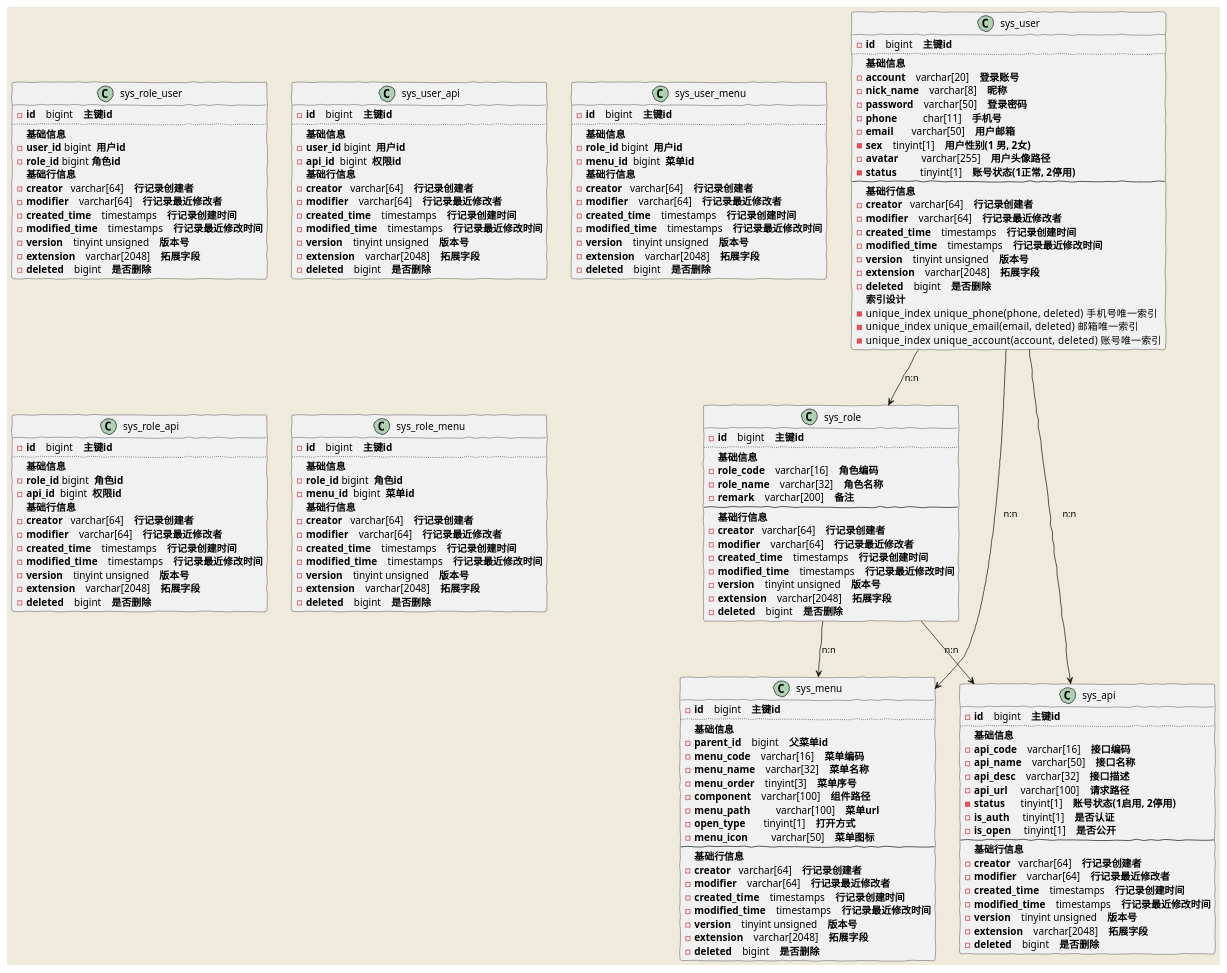
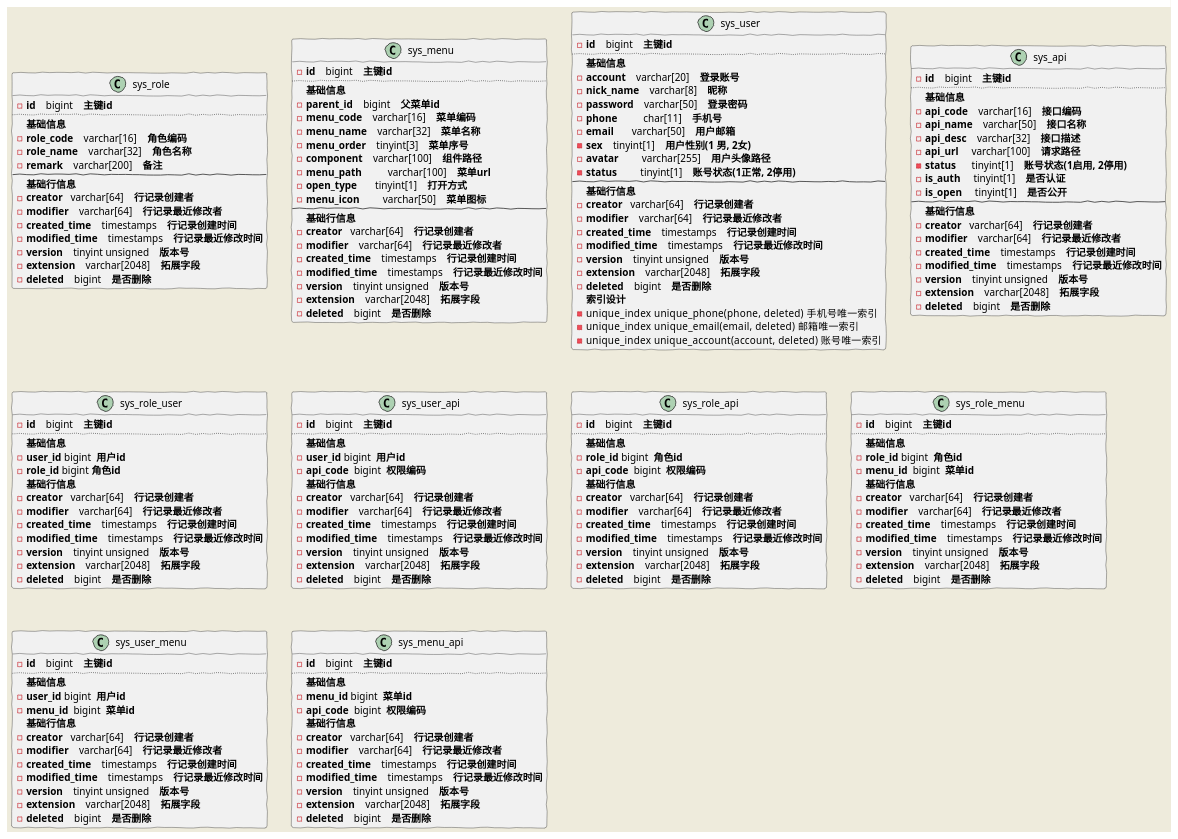
One commit to Forever1996Fyk/permissions-center changed the diagram in doc/权限表结构图.puml. Above: the diagram before and after it, drawn with PlantUML.

Commit message:
update: 更新表结构图

```diff
--- a/doc/权限表结构图.puml
+++ b/doc/权限表结构图.puml
@@ -1,185 +1,191 @@
 @startuml
 skinparam handwritten true
 skinparam backgroundColor #EEEBDC
 skinparam actorStyle hollow
 
 class sys_role{
     - **id**    bigint    **主键id**
     ..
      **基础信息**
         - **role_code**    varchar[16]    **角色编码**
         - **role_name**    varchar[32]    **角色名称**
         - **remark**    varchar[200]    **备注**
     --
     **基础行信息**
         - **creator**   varchar[64]    **行记录创建者**
         - **modifier**    varchar[64]    **行记录最近修改者**
         - **created_time**    timestamps    **行记录创建时间**
         - **modified_time**    timestamps    **行记录最近修改时间**
         - **version**    tinyint unsigned    **版本号**
         - **extension**    varchar[2048]    **拓展字段**
         - **deleted**    bigint    **是否删除**
 }
 
 class sys_menu {
     - **id**    bigint    **主键id**
     ..
      **基础信息**
         - **parent_id**    bigint    **父菜单id**
         - **menu_code**    varchar[16]    **菜单编码**
         - **menu_name**    varchar[32]    **菜单名称**
         - **menu_order**    tinyint[3]    **菜单序号**
         - **component**    varchar[100]    **组件路径**
         - **menu_path**          varchar[100]    **菜单url**
         - **open_type**       tinyint[1]    **打开方式**
         - **menu_icon**         varchar[50]    **菜单图标**
     --
     **基础行信息**
         - **creator**   varchar[64]    **行记录创建者**
         - **modifier**    varchar[64]    **行记录最近修改者**
         - **created_time**    timestamps    **行记录创建时间**
         - **modified_time**    timestamps    **行记录最近修改时间**
         - **version**    tinyint unsigned    **版本号**
         - **extension**    varchar[2048]    **拓展字段**
         - **deleted**    bigint    **是否删除**
 }
 
 class sys_user {
     - **id**    bigint    **主键id**
     ..
      **基础信息**
         - **account**    varchar[20]    **登录账号**
         - **nick_name**    varchar[8]    **昵称**
         - **password**    varchar[50]    **登录密码**
         - **phone**          char[11]    **手机号**
         - **email**       varchar[50]    **用户邮箱**
         - **sex**    tinyint[1]    **用户性别(1 男, 2女)**
         - **avatar**         varchar[255]    **用户头像路径**
         - **status**         tinyint[1]    **账号状态(1正常, 2停用)**
     --
     **基础行信息**
         - **creator**   varchar[64]    **行记录创建者**
         - **modifier**    varchar[64]    **行记录最近修改者**
         - **created_time**    timestamps    **行记录创建时间**
         - **modified_time**    timestamps    **行记录最近修改时间**
         - **version**    tinyint unsigned    **版本号**
         - **extension**    varchar[2048]    **拓展字段**
         - **deleted**    bigint    **是否删除**
     **索引设计**
         - unique_index  unique_phone(phone, deleted)    手机号唯一索引
         - unique_index  unique_email(email, deleted)    邮箱唯一索引
         - unique_index  unique_account(account, deleted)    账号唯一索引
 }
 
 class sys_api {
     - **id**    bigint    **主键id**
     ..
      **基础信息**
         - **api_code**    varchar[16]    **接口编码**
         - **api_name**    varchar[50]    **接口名称**
         - **api_desc**    varchar[32]    **接口描述**
         - **api_url**     varchar[100]    **请求路径**
         - **status**      tinyint[1]    **账号状态(1启用, 2停用)**
         - **is_auth**     tinyint[1]    **是否认证**
         - **is_open**     tinyint[1]    **是否公开**
     --
     **基础行信息**
         - **creator**   varchar[64]    **行记录创建者**
         - **modifier**    varchar[64]    **行记录最近修改者**
         - **created_time**    timestamps    **行记录创建时间**
         - **modified_time**    timestamps    **行记录最近修改时间**
         - **version**    tinyint unsigned    **版本号**
         - **extension**    varchar[2048]    **拓展字段**
         - **deleted**    bigint    **是否删除**
 }
 
 class sys_role_user {
     - **id**    bigint    **主键id**
     ..
     **基础信息**
         - **user_id** bigint  **用户id**
         - **role_id** bigint **角色id**
     **基础行信息**
         - **creator**   varchar[64]    **行记录创建者**
         - **modifier**    varchar[64]    **行记录最近修改者**
         - **created_time**    timestamps    **行记录创建时间**
         - **modified_time**    timestamps    **行记录最近修改时间**
         - **version**    tinyint unsigned    **版本号**
         - **extension**    varchar[2048]    **拓展字段**
         - **deleted**    bigint    **是否删除**
 }
 
 class sys_user_api {
     - **id**    bigint    **主键id**
     ..
     **基础信息**
         - **user_id** bigint  **用户id**
-        - **api_id**  bigint  **权限id**
-    **基础行信息**
-        - **creator**   varchar[64]    **行记录创建者**
-        - **modifier**    varchar[64]    **行记录最近修改者**
-        - **created_time**    timestamps    **行记录创建时间**
-        - **modified_time**    timestamps    **行记录最近修改时间**
-        - **version**    tinyint unsigned    **版本号**
-        - **extension**    varchar[2048]    **拓展字段**
-        - **deleted**    bigint    **是否删除**
-}
-
-class sys_user_menu {
-    - **id**    bigint    **主键id**
-    ..
-    **基础信息**
-        - **role_id** bigint  **用户id**
-        - **menu_id**  bigint  **菜单id**
+        - **api_code**  bigint  **权限编码**
     **基础行信息**
         - **creator**   varchar[64]    **行记录创建者**
         - **modifier**    varchar[64]    **行记录最近修改者**
         - **created_time**    timestamps    **行记录创建时间**
         - **modified_time**    timestamps    **行记录最近修改时间**
         - **version**    tinyint unsigned    **版本号**
         - **extension**    varchar[2048]    **拓展字段**
         - **deleted**    bigint    **是否删除**
 }
 
 class sys_role_api {
     - **id**    bigint    **主键id**
     ..
     **基础信息**
         - **role_id** bigint  **角色id**
-        - **api_id**  bigint  **权限id**
+        - **api_code**  bigint  **权限编码**
     **基础行信息**
         - **creator**   varchar[64]    **行记录创建者**
         - **modifier**    varchar[64]    **行记录最近修改者**
         - **created_time**    timestamps    **行记录创建时间**
         - **modified_time**    timestamps    **行记录最近修改时间**
         - **version**    tinyint unsigned    **版本号**
         - **extension**    varchar[2048]    **拓展字段**
         - **deleted**    bigint    **是否删除**
 }
 
 class sys_role_menu {
     - **id**    bigint    **主键id**
     ..
     **基础信息**
         - **role_id** bigint  **角色id**
         - **menu_id**  bigint  **菜单id**
     **基础行信息**
         - **creator**   varchar[64]    **行记录创建者**
         - **modifier**    varchar[64]    **行记录最近修改者**
         - **created_time**    timestamps    **行记录创建时间**
         - **modified_time**    timestamps    **行记录最近修改时间**
         - **version**    tinyint unsigned    **版本号**
         - **extension**    varchar[2048]    **拓展字段**
         - **deleted**    bigint    **是否删除**
 }
 
-sys_user --> sys_api : n:n
+class sys_user_menu {
+    - **id**    bigint    **主键id**
+    ..
+    **基础信息**
+        - **user_id** bigint  **用户id**
+        - **menu_id**  bigint  **菜单id**
+    **基础行信息**
+        - **creator**   varchar[64]    **行记录创建者**
+        - **modifier**    varchar[64]    **行记录最近修改者**
+        - **created_time**    timestamps    **行记录创建时间**
+        - **modified_time**    timestamps    **行记录最近修改时间**
+        - **version**    tinyint unsigned    **版本号**
+        - **extension**    varchar[2048]    **拓展字段**
+        - **deleted**    bigint    **是否删除**
+}
 
-sys_user --> sys_menu : n:n
-
-sys_user --> sys_role : n:n
-
-sys_role --> sys_menu : n:n
-
-sys_role --> sys_api : n:n
+class sys_menu_api {
+    - **id**    bigint    **主键id**
+    ..
+    **基础信息**
+        - **menu_id** bigint  **菜单id**
+        - **api_code**  bigint  **权限编码**
+    **基础行信息**
+        - **creator**   varchar[64]    **行记录创建者**
+        - **modifier**    varchar[64]    **行记录最近修改者**
+        - **created_time**    timestamps    **行记录创建时间**
+        - **modified_time**    timestamps    **行记录最近修改时间**
+        - **version**    tinyint unsigned    **版本号**
+        - **extension**    varchar[2048]    **拓展字段**
+        - **deleted**    bigint    **是否删除**
+}
 @enduml
```
